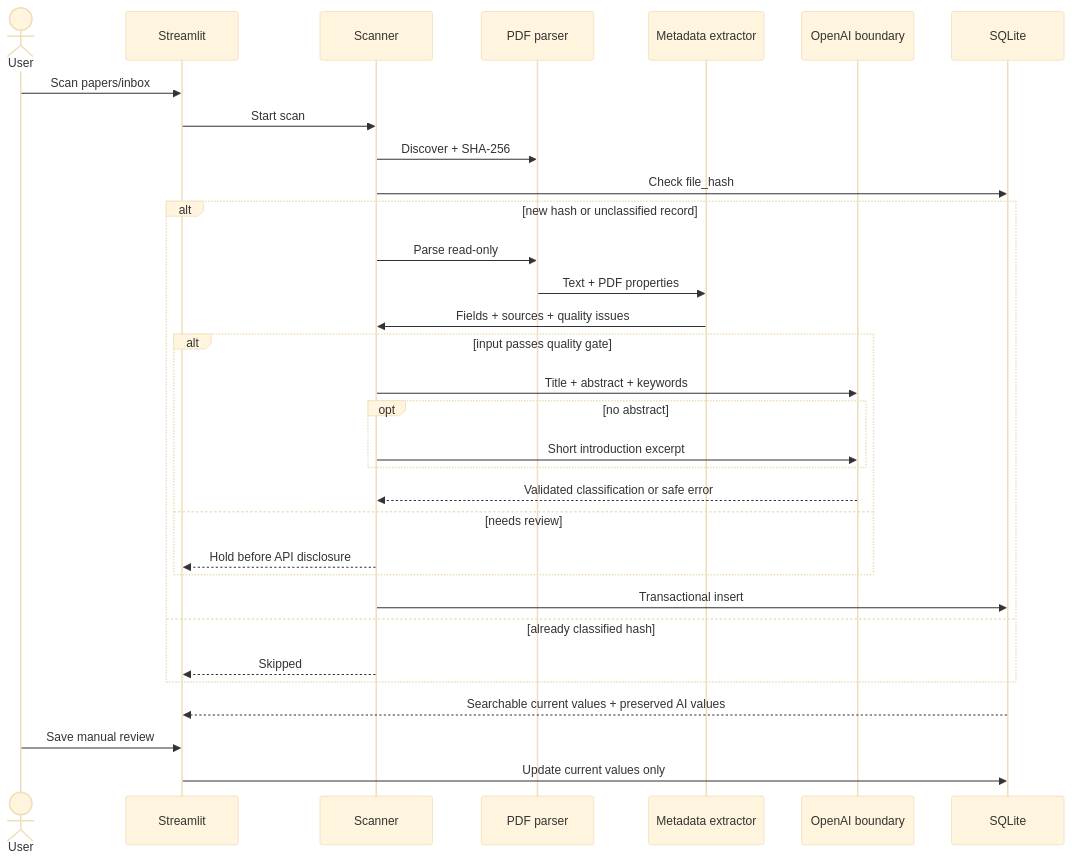
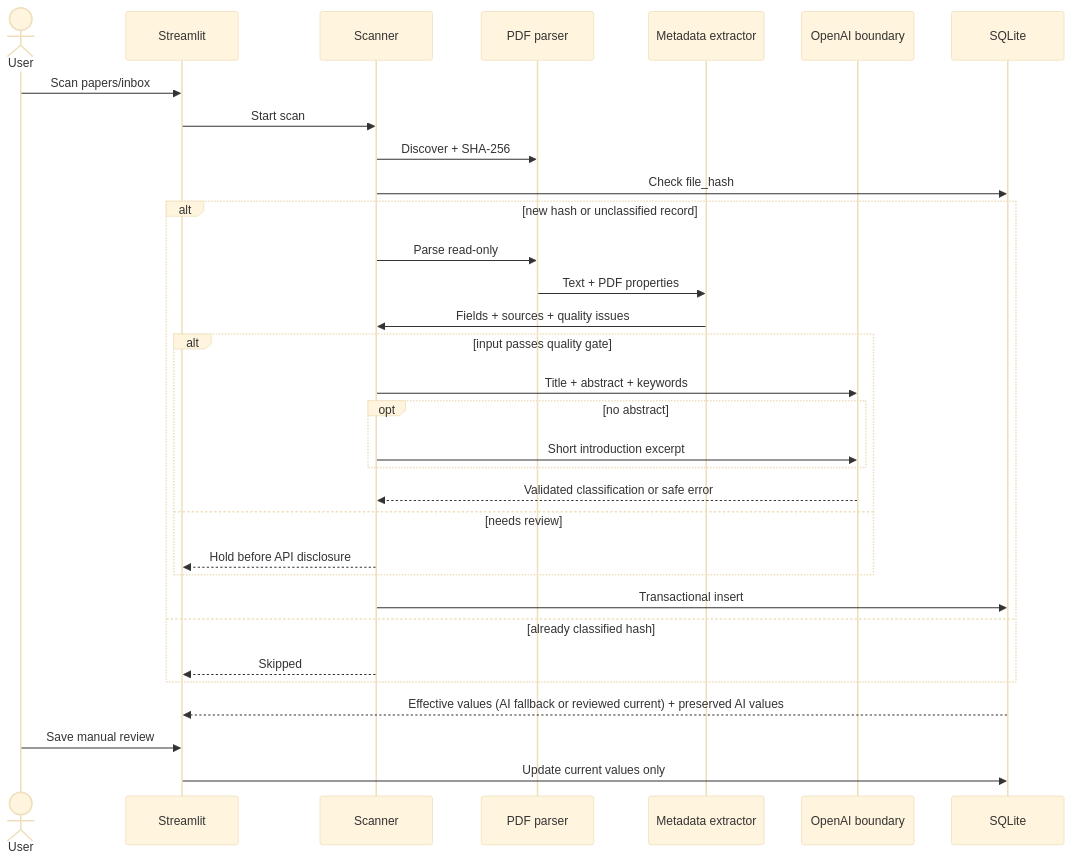
One commit to ryouta-gidou-sec/SecPaper-Atlas changed the diagram in docs/ARCHITECTURE.md. Above: the diagram before and after it, drawn with Mermaid (base theme). The commit also changed other lines of this file and 7 other files, not shown here.

````diff
--- a/docs/ARCHITECTURE.md
+++ b/docs/ARCHITECTURE.md
@@ -22,35 +22,35 @@
 ```mermaid
 sequenceDiagram
     actor User
     participant UI as Streamlit
     participant Scan as Scanner
     participant PDF as PDF parser
     participant Meta as Metadata extractor
     participant AI as OpenAI boundary
     participant DB as SQLite
 
     User->>UI: Scan papers/inbox
     UI->>Scan: Start scan
     Scan->>PDF: Discover + SHA-256
     Scan->>DB: Check file_hash
     alt new hash or unclassified record
         Scan->>PDF: Parse read-only
         PDF->>Meta: Text + PDF properties
         Meta->>Scan: Fields + sources + quality issues
         alt input passes quality gate
             Scan->>AI: Title + abstract + keywords
             opt no abstract
                 Scan->>AI: Short introduction excerpt
             end
             AI-->>Scan: Validated classification or safe error
         else needs review
             Scan-->>UI: Hold before API disclosure
         end
         Scan->>DB: Transactional insert
     else already classified hash
         Scan-->>UI: Skipped
     end
-    DB-->>UI: Searchable current values + preserved AI values
+    DB-->>UI: Effective values (AI fallback or reviewed current) + preserved AI values
     User->>UI: Save manual review
     UI->>DB: Update current values only
 ```
````
